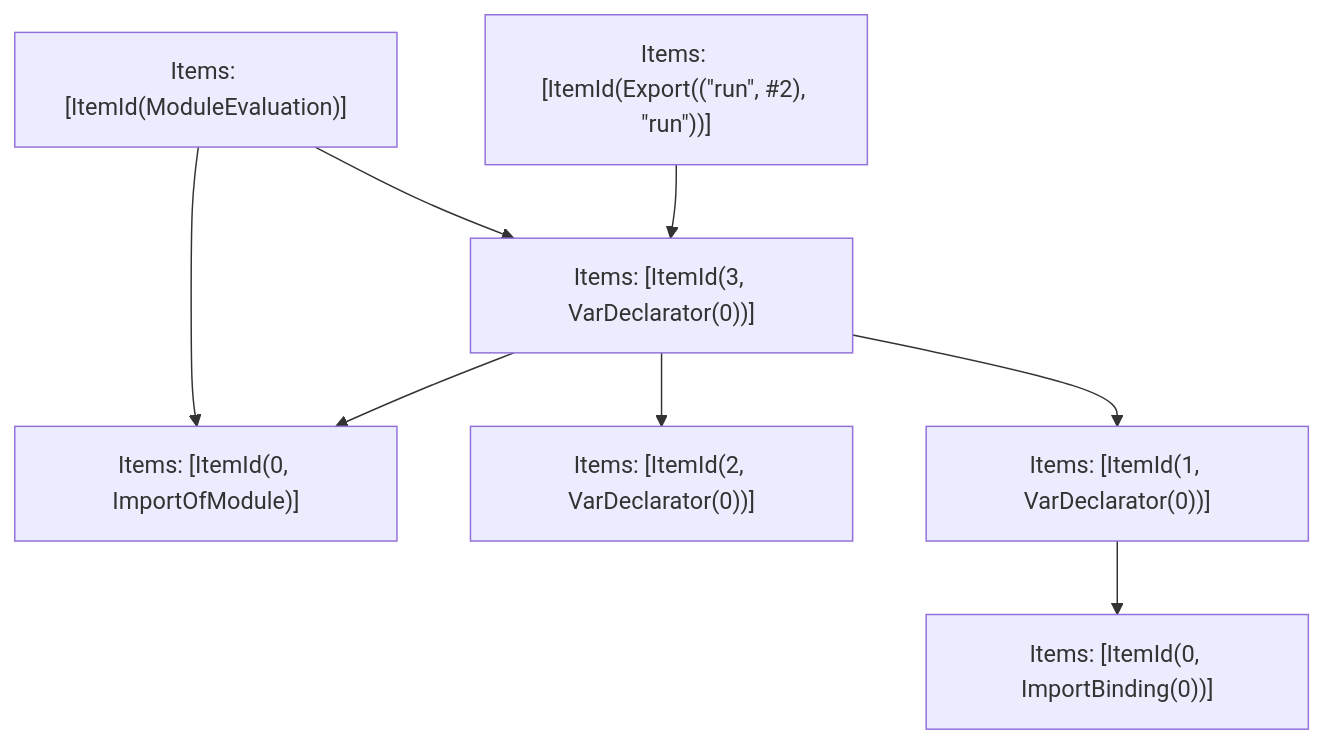
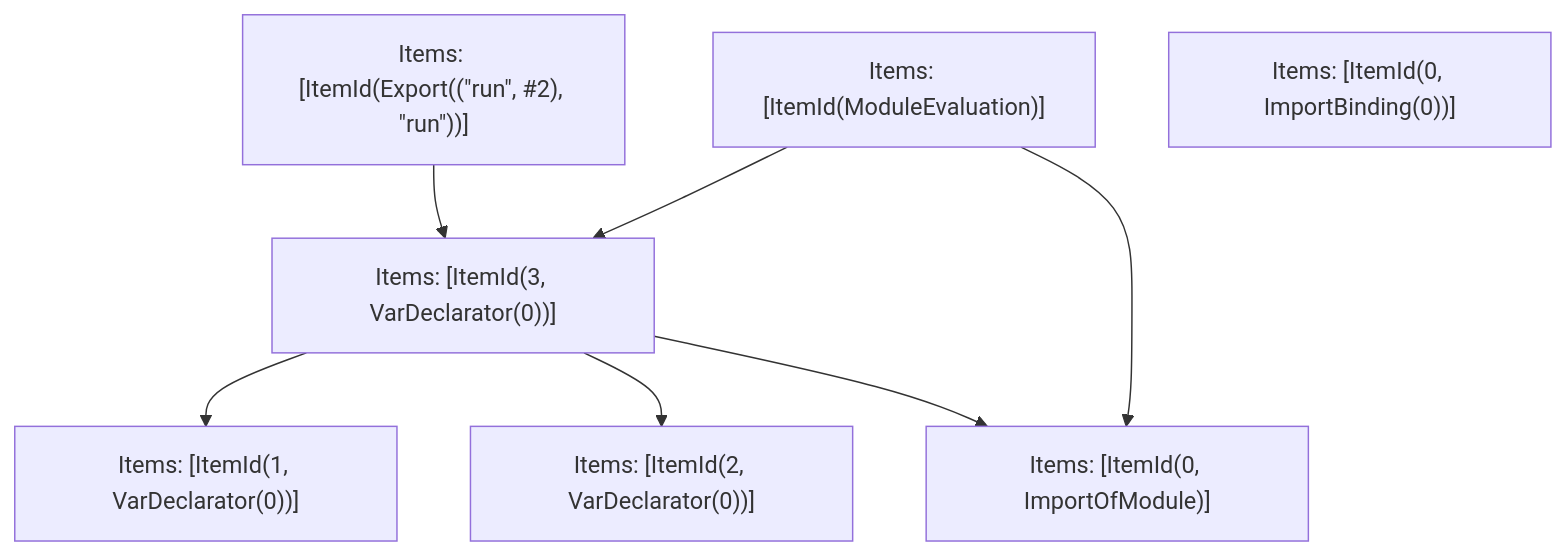
The fifth of 5 diagrams in turbopack/crates/turbopack-ecmascript/tests/tree-shaker/analyzer/ipc-evaluate/output.md (phidol/next.js), drawn with Mermaid before and after one commit. The commit also changed other lines of this file and 64 other files, not shown here.

````diff
--- a/turbopack/crates/turbopack-ecmascript/tests/tree-shaker/analyzer/ipc-evaluate/output.md
+++ b/turbopack/crates/turbopack-ecmascript/tests/tree-shaker/analyzer/ipc-evaluate/output.md
@@ -218,17 +218,16 @@
 ```mermaid
 graph TD
     N0["Items: [ItemId(0, ImportOfModule)]"];
     N1["Items: [ItemId(2, VarDeclarator(0))]"];
-    N2["Items: [ItemId(0, ImportBinding(0))]"];
+    N2["Items: [ItemId(Export((&quot;run&quot;, #2), &quot;run&quot;))]"];
     N3["Items: [ItemId(1, VarDeclarator(0))]"];
     N4["Items: [ItemId(3, VarDeclarator(0))]"];
     N5["Items: [ItemId(ModuleEvaluation)]"];
-    N6["Items: [ItemId(Export((&quot;run&quot;, #2), &quot;run&quot;))]"];
-    N3 --> N2;
+    N6["Items: [ItemId(0, ImportBinding(0))]"];
+    N5 --> N4;
     N4 --> N3;
     N4 --> N1;
     N4 --> N0;
-    N6 --> N4;
+    N2 --> N4;
     N5 --> N0;
-    N5 --> N4;
 ```
````
